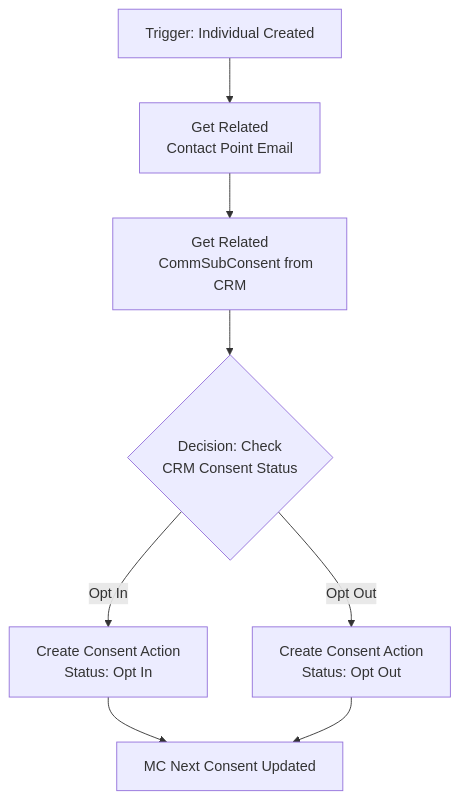
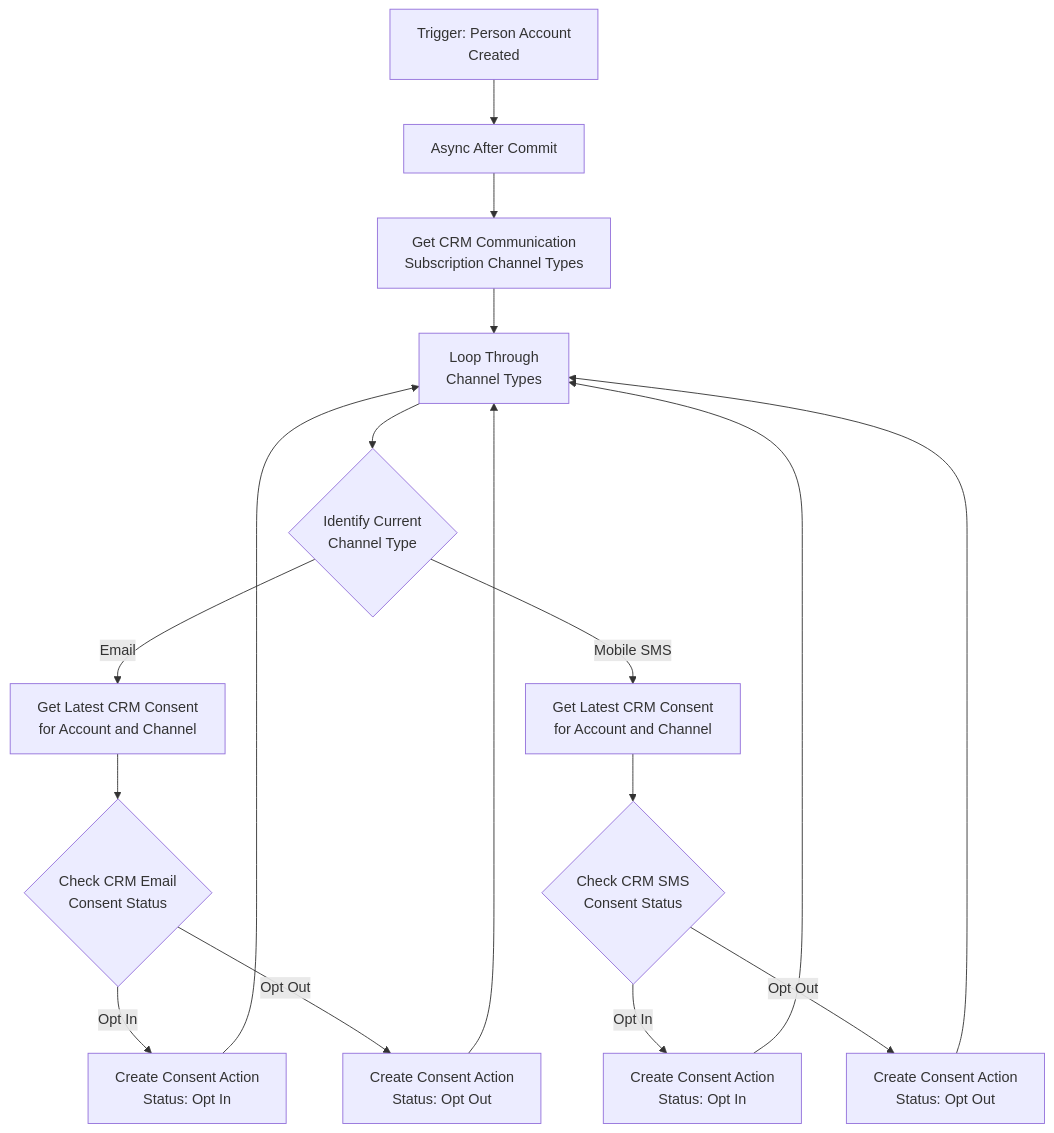
The first of 3 diagrams in src/content/blog/how-to-keep-consent-in-sync-between-salesforce-data-360-and-marketing-cloud-next.mdx (hipoliciak/modrzejewski_it_website), drawn with Mermaid before and after one commit. The commit also changed other lines of this file and 15 other files, not shown here.

````diff
--- a/src/content/blog/how-to-keep-consent-in-sync-between-salesforce-data-360-and-marketing-cloud-next.mdx
+++ b/src/content/blog/how-to-keep-consent-in-sync-between-salesforce-data-360-and-marketing-cloud-next.mdx
@@ -45,15 +45,31 @@
 ```mermaid
 graph TD
-    A[Trigger: Individual Created] --> B[Get Related
-    Contact Point Email]
-    B --> C[Get Related
-    CommSubConsent from CRM]
-    C --> D{Decision: Check
-    CRM Consent Status}
-    D -- Opt In --> E["Create Consent Action
+    A[Trigger: Person Account
+    Created] --> B[Async After Commit]
+    B --> C[Get CRM Communication
+    Subscription Channel Types]
+    C --> D[Loop Through
+    Channel Types]
+    D --> E{Identify Current
+    Channel Type}
+    E -- Email --> F[Get Latest CRM Consent
+    for Account and Channel]
+    E -- Mobile SMS --> G[Get Latest CRM Consent
+    for Account and Channel]
+    F --> H{Check CRM Email
+    Consent Status}
+    H -- Opt In --> I["Create Consent Action
     Status: Opt In"]
-    D -- Opt Out --> F["Create Consent Action
+    H -- Opt Out --> J["Create Consent Action
     Status: Opt Out"]
-    E --> G[MC Next Consent Updated]
-    F --> G
+    G --> K{Check CRM SMS
+    Consent Status}
+    K -- Opt In --> L["Create Consent Action
+    Status: Opt In"]
+    K -- Opt Out --> M["Create Consent Action
+    Status: Opt Out"]
+    I --> D
+    J --> D
+    L --> D
+    M --> D
 ```
````
